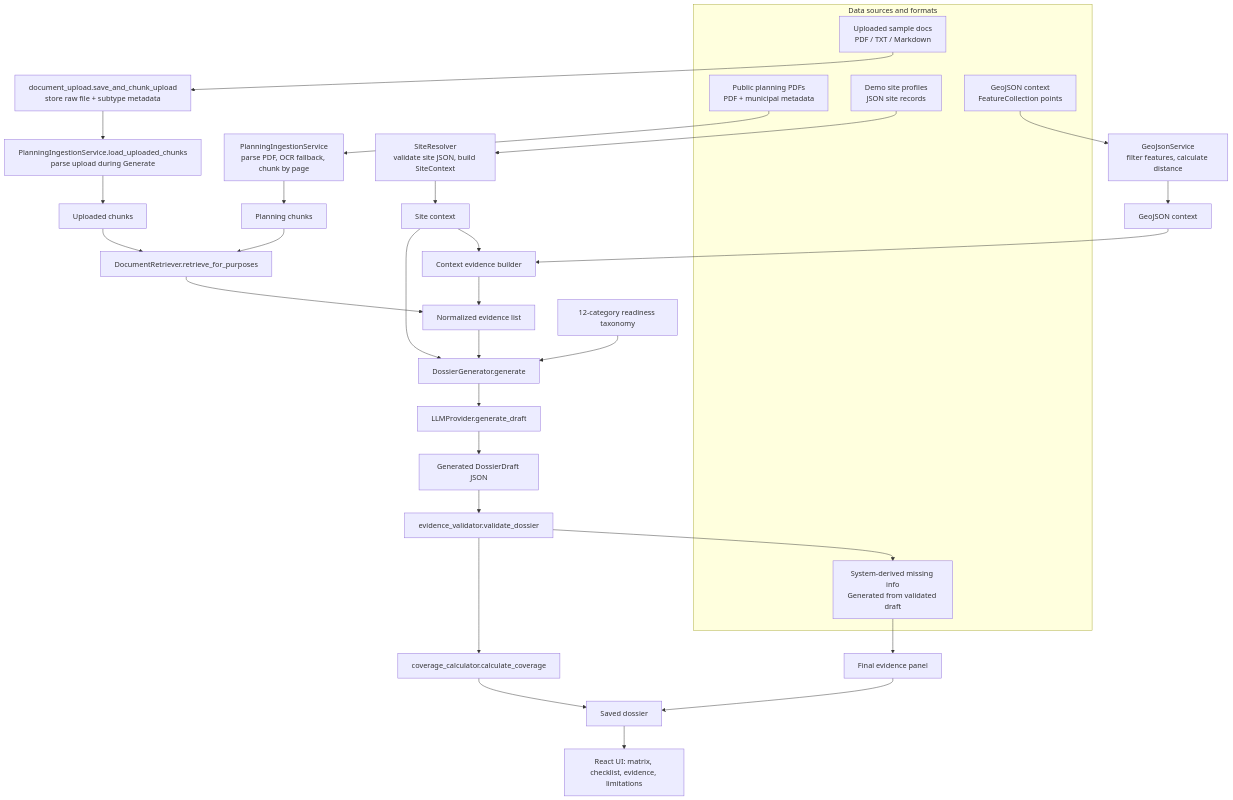
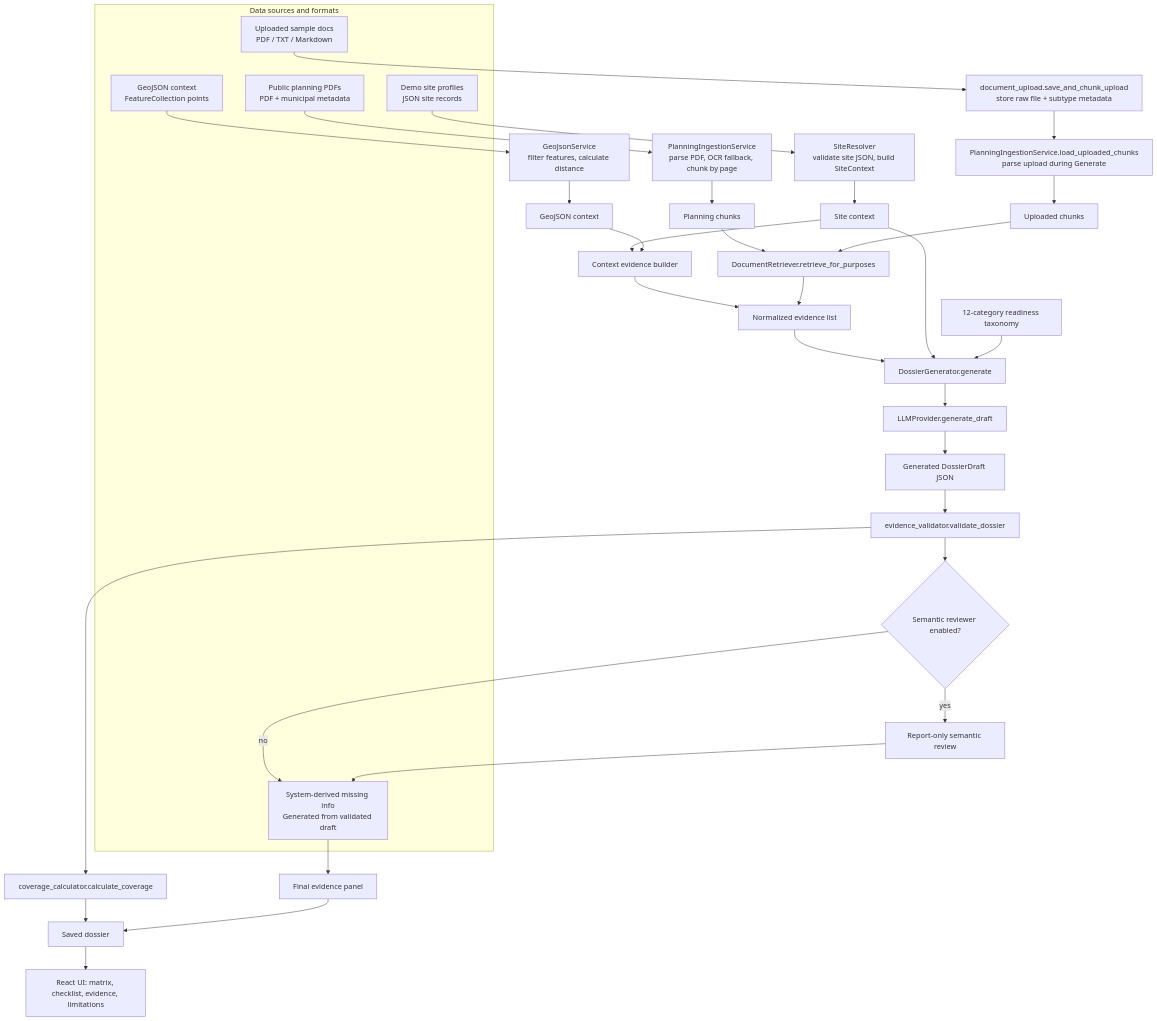
One commit to NinghanC/lux-renovate-intelligence changed the diagram in README.md. Above: the diagram before and after it, drawn with Mermaid. The commit also changed other lines of this file and 17 other files, not shown here.

Commit message:
optional second-LLM semantic reviewer

````diff
--- a/README.md
+++ b/README.md
@@ -112,42 +115,45 @@
 ```mermaid
 flowchart TD
     subgraph DS[Data sources and formats]
         A1[Public planning PDFs\nPDF + municipal metadata]
         A2[Demo site profiles\nJSON site records]
         A3[GeoJSON context\nFeatureCollection points]
         A4[Uploaded sample docs\nPDF / TXT / Markdown]
         A5[System-derived missing info\nGenerated from validated draft]
     end
 
     A1 --> B1[PlanningIngestionService\nparse PDF, OCR fallback, chunk by page]
     A2 --> B2[SiteResolver\nvalidate site JSON, build SiteContext]
     A3 --> B3[GeoJsonService\nfilter features, calculate distance]
     A4 --> B4[document_upload.save_and_chunk_upload\nstore raw file + subtype metadata]
     B4 --> B5[PlanningIngestionService.load_uploaded_chunks\nparse upload during Generate]
 
     B1 --> C1[Planning chunks]
     B5 --> C2[Uploaded chunks]
     B2 --> C3[Site context]
     B3 --> C4[GeoJSON context]
 
     C3 --> D1[Context evidence builder]
     C4 --> D1
     C1 --> D2[DocumentRetriever.retrieve_for_purposes]
     C2 --> D2
 
     D1 --> E[Normalized evidence list]
     D2 --> E
     E --> F[DossierGenerator.generate]
     C3 --> F
     G[12-category readiness taxonomy] --> F
 
     F --> H[LLMProvider.generate_draft]
     H --> I[Generated DossierDraft JSON]
     I --> J[evidence_validator.validate_dossier]
     J --> K[coverage_calculator.calculate_coverage]
-    J --> A5
+    J --> R{Semantic reviewer enabled?}
+    R -->|yes| S[Report-only semantic review]
+    R -->|no| A5
+    S --> A5
     A5 --> L[Final evidence panel]
     K --> M[Saved dossier]
     L --> M
     M --> N[React UI: matrix, checklist, evidence, limitations]
 ```
````
